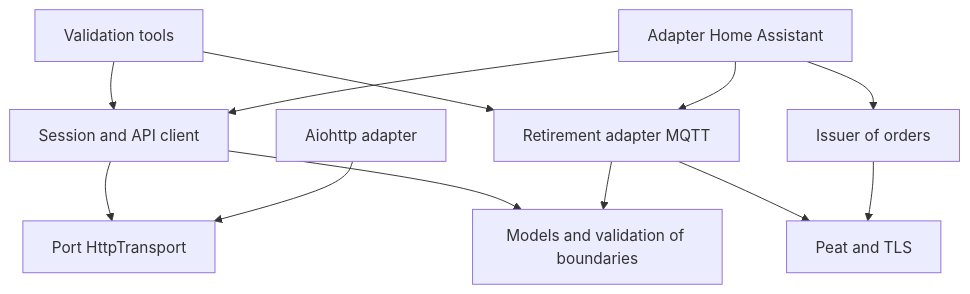
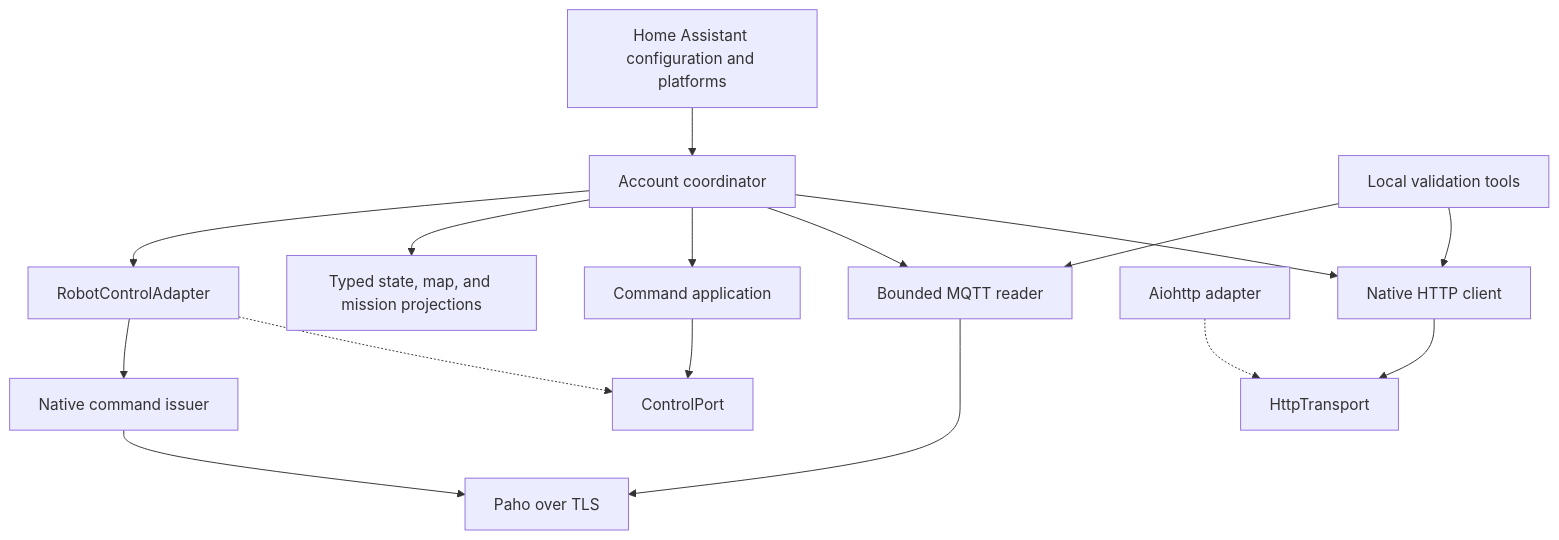
The first of 2 diagrams in docs/architecture.md (efraespada/ha-roomba-home), drawn with Mermaid before and after one commit. The commit also changed other lines of this file and 7 other files, not shown here.

Commit message:
Bring baseline SDDs and architecture up to date

````diff
--- a/docs/architecture.md
+++ b/docs/architecture.md
@@ -7,14 +9,18 @@
 ```mermaid
 flowchart TD
-    CLI[Validation tools] --> HTTP[Session and API client]
-    CLI --> MQ[Retirement adapter MQTT]
-    HTTP --> PORT[Port HttpTransport]
-    AIO[Aiohttp adapter] --> PORT
-    HTTP --> MODEL[Models and validation of boundaries]
-    MQ --> MODEL
-    MQ --> PAHO[Peat and TLS]
-    HA[Adapter Home Assistant] --> HTTP
-    HA --> MQ
-    HA --> CMD[Issuer of orders]
-    CMD --> PAHO
+    HA[Home Assistant configuration and platforms] --> C[Account coordinator]
+    CLI[Local validation tools] --> API[Native HTTP client]
+    CLI --> MQ[Bounded MQTT reader]
+    C --> API
+    C --> MQ
+    C --> UC[Command application]
+    C --> MP[Typed state, map, and mission projections]
+    API --> P[HttpTransport]
+    AIO[Aiohttp adapter] -.-> P
+    MQ --> PAHO[Paho over TLS]
+    UC --> CT[ControlPort]
+    ADAPTER[RobotControlAdapter] -.-> CT
+    C --> ADAPTER
+    ADAPTER --> MQTT_COMMAND[Native command issuer]
+    MQTT_COMMAND --> PAHO
 ```
````
